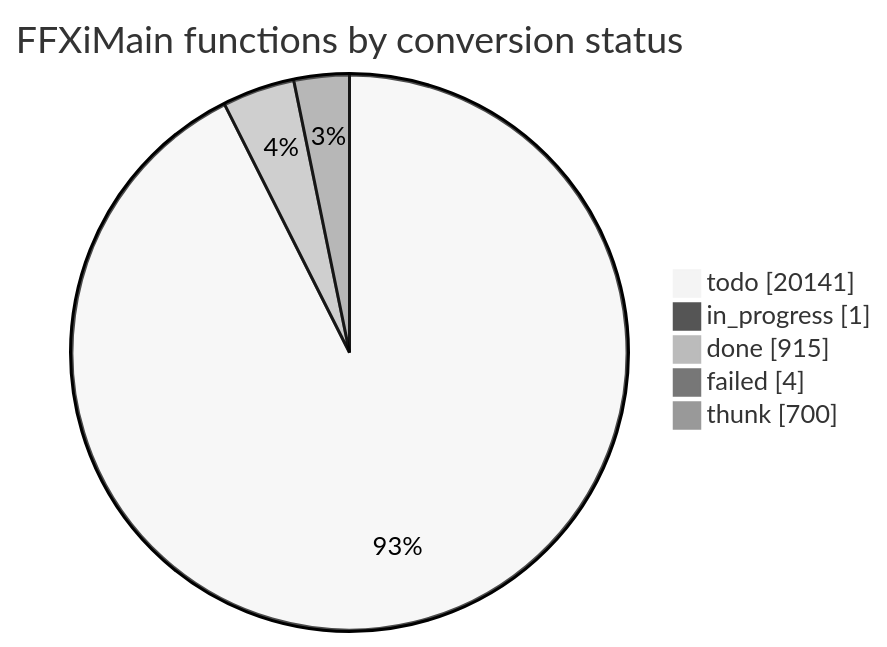
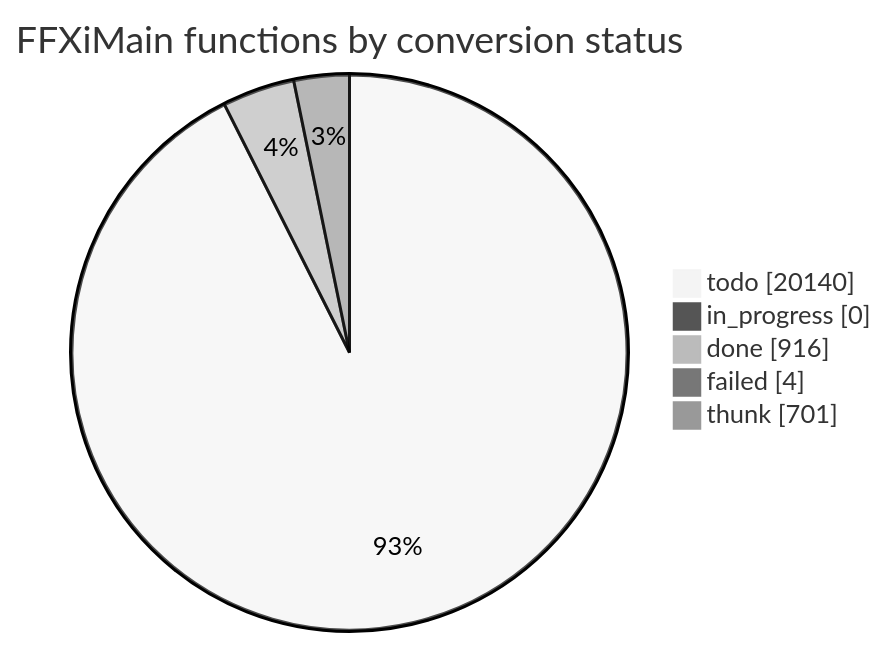
The diagram in docs/cow/STATUS.md (cowrevenge/cow_kuluu_xi_anything), drawn with Mermaid (neutral theme) before and after one commit. The commit also changed other lines of this file and 9 other files, not shown here.

````diff
--- a/docs/cow/STATUS.md
+++ b/docs/cow/STATUS.md
@@ -18,9 +18,9 @@
 ```mermaid
 pie showData
     title FFXiMain functions by conversion status
-    "todo" : 20141
-    "in_progress" : 1
-    "done" : 915
+    "todo" : 20140
+    "in_progress" : 0
+    "done" : 916
     "failed" : 4
-    "thunk" : 700
+    "thunk" : 701
 ```
````
